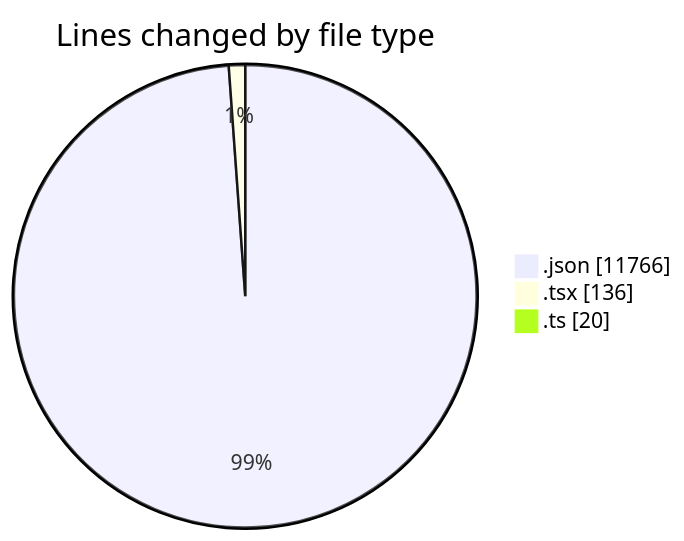
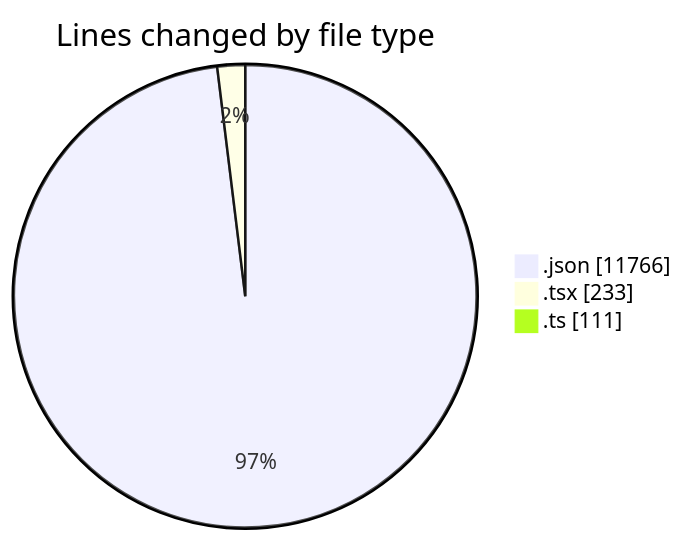
The first of 2 diagrams in 2026-04-16/airfeed-analytics-dashboard/README.md (nxtqubesakshisongat/code-tracking), drawn with Mermaid before and after one commit. The commit also changed other lines of this file and 1 other file, not shown here.

````diff
--- a/2026-04-16/airfeed-analytics-dashboard/README.md
+++ b/2026-04-16/airfeed-analytics-dashboard/README.md
@@ -22,7 +24,7 @@
 ```mermaid
 pie showData
 title Lines changed by file type
 ".json" : 11766
-".tsx" : 136
-".ts" : 20
+".tsx" : 233
+".ts" : 111
 ```
````
